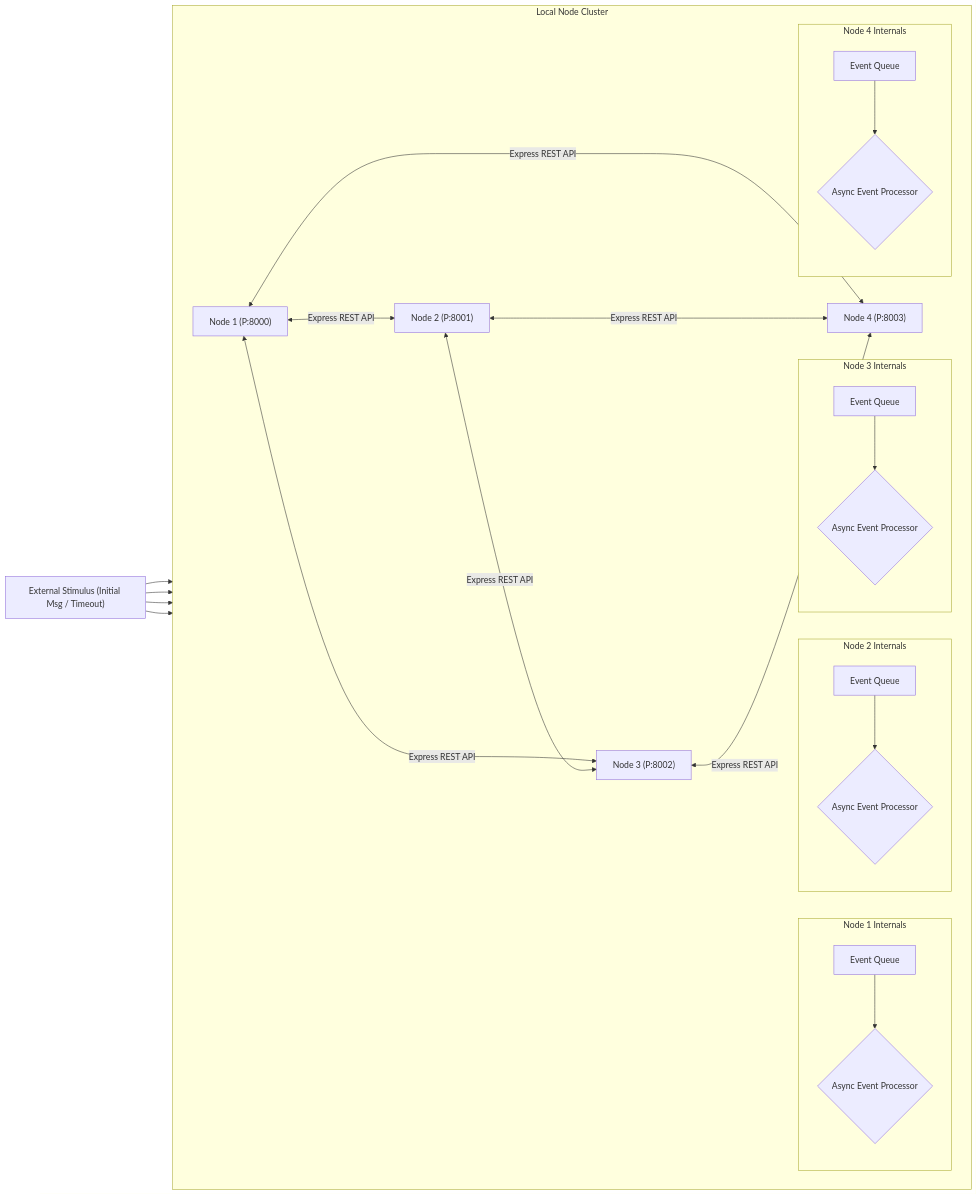
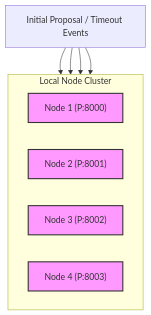
Before and after one commit to 0xPexy/typescript-pBFT: the first of 2 diagrams in README.md, drawn with Mermaid. The commit also changed other lines of this file, not shown here.

Commit message:
docs: complete and polish readme for LogicMint

````diff
--- a/README.md
+++ b/README.md
@@ -49,39 +49,19 @@
 ```mermaid
-graph LR
+graph TD
+    TriggeringEvents["Initial Proposal / Timeout Events"]
+
     subgraph Node_Cluster [Local Node Cluster]
         direction LR
         N1["Node 1 (P:8000)"]:::nodeStyle
         N2["Node 2 (P:8001)"]:::nodeStyle
         N3["Node 3 (P:8002)"]:::nodeStyle
         N4["Node 4 (P:8003)"]:::nodeStyle
-
-        subgraph N1_Internals [Node 1 Internals]
-            direction TB
-            EQ1[Event Queue] --> AP1{Async Event Processor}
-        end
-        subgraph N2_Internals [Node 2 Internals]
-            direction TB
-            EQ2[Event Queue] --> AP2{Async Event Processor}
-        end
-        subgraph N3_Internals [Node 3 Internals]
-            direction TB
-            EQ3[Event Queue] --> AP3{Async Event Processor}
-        end
-        subgraph N4_Internals [Node 4 Internals]
-            direction TB
-            EQ4[Event Queue] --> AP4{Async Event Processor}
-        end
-
-        N1 <-->|Express REST API| N2
-        N1 <-->|Express REST API| N3
-        N1 <-->|Express REST API| N4
-        N2 <-->|Express REST API| N3
-        N2 <-->|Express REST API| N4
-        N3 <-->|Express REST API| N4
     end
 
-    ExternalStimulus["External Stimulus (Initial Msg / Timeout)"] --> N1_Internals
-    ExternalStimulus --> N2_Internals
-    ExternalStimulus --> N3_Internals
-    ExternalStimulus --> N4_Internals
+    TriggeringEvents --> N1
+    TriggeringEvents --> N2
+    TriggeringEvents --> N3
+    TriggeringEvents --> N4
+
+    classDef nodeStyle fill:#f9f,stroke:#333,stroke-width:2px;
 ```
````
